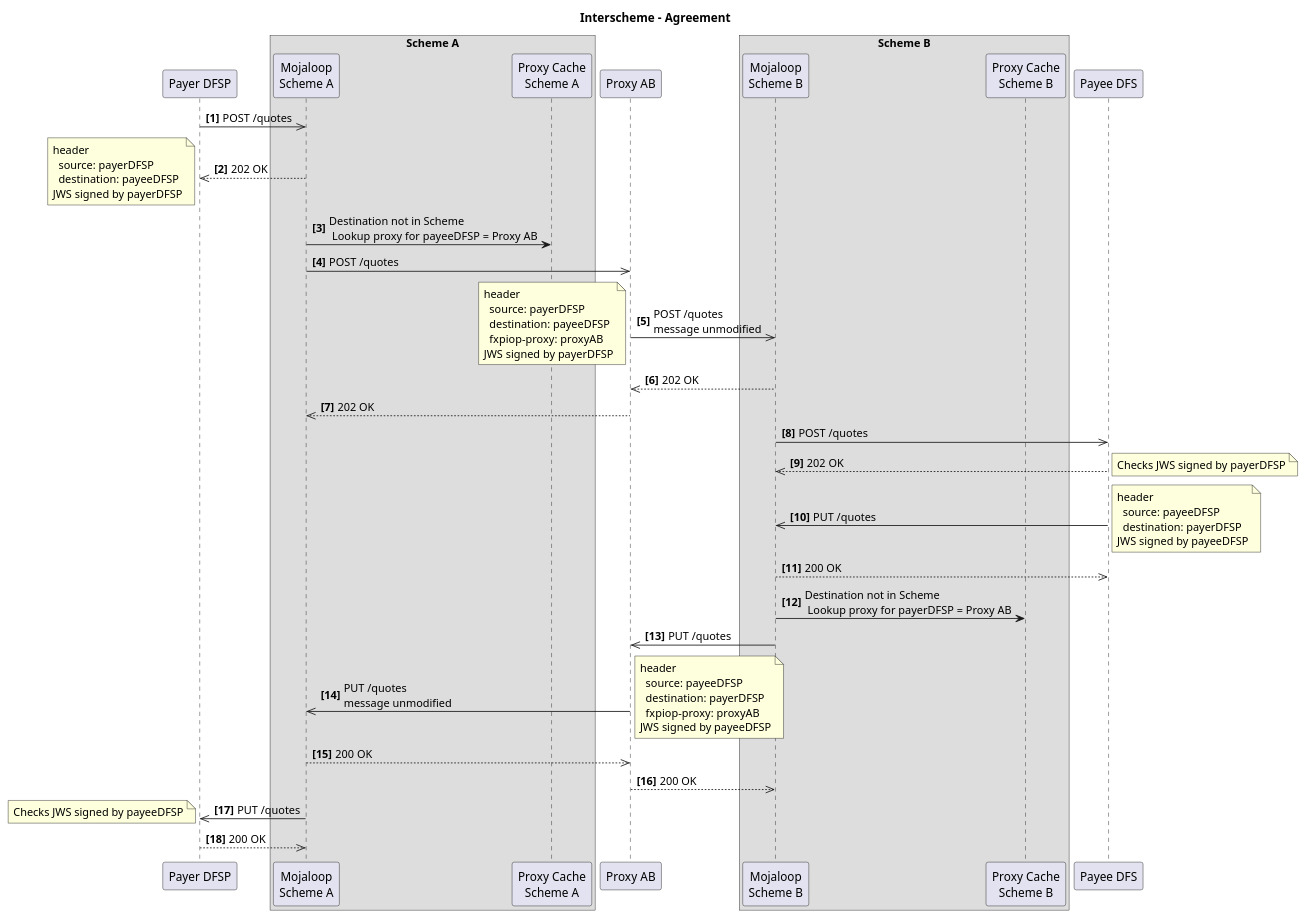
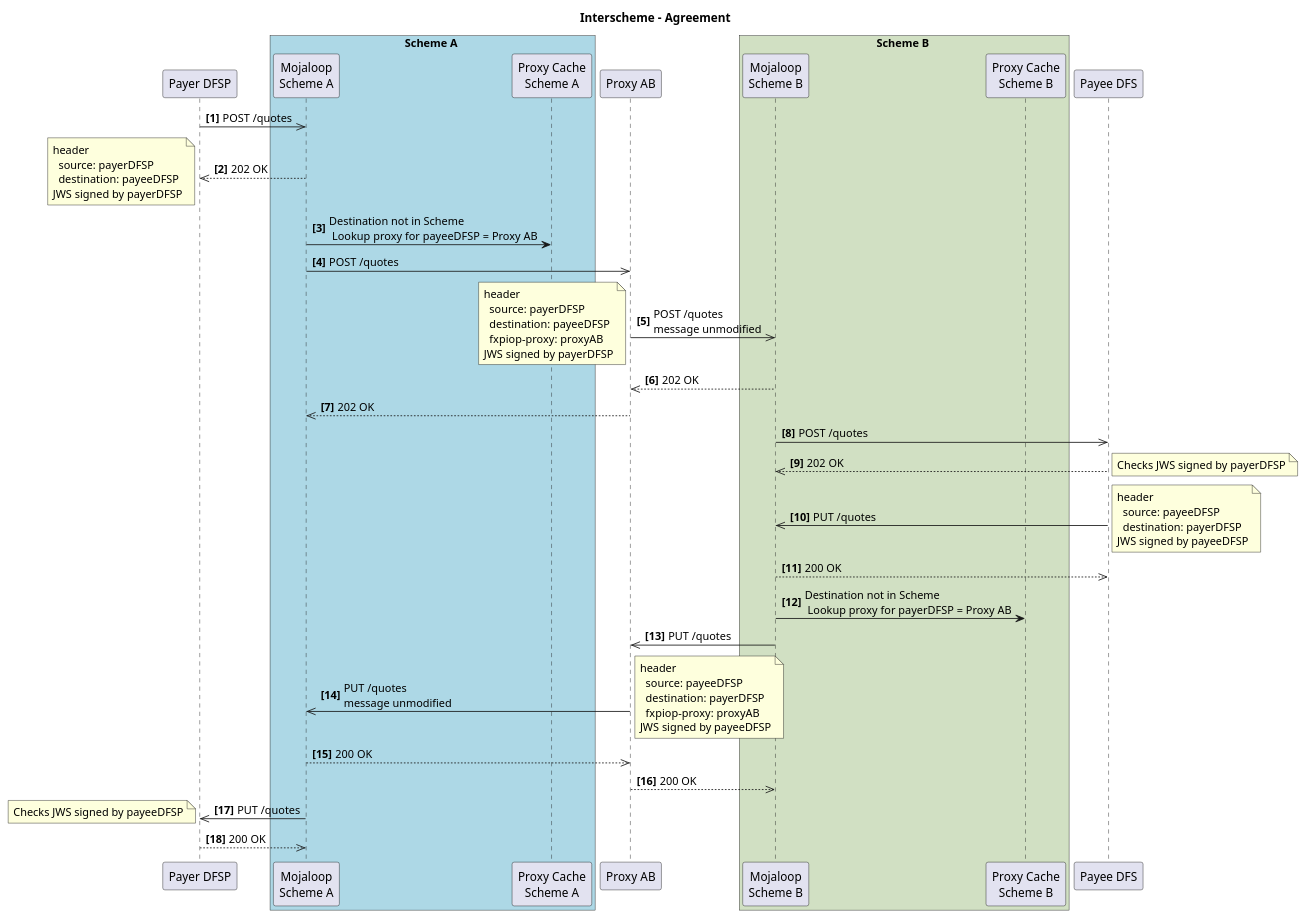
The diagram in docs/product/features/Interscheme/Interscheme - Agreement.plantuml (mojaloop/documentation), drawn with PlantUML before and after one commit. The commit also changed 14 other files, not shown here.

Commit message:
feat: Updated interscheme diagrams

```diff
--- a/docs/product/features/Interscheme/Interscheme - Agreement.plantuml
+++ b/docs/product/features/Interscheme/Interscheme - Agreement.plantuml
@@ -1,71 +1,72 @@
-@startuml
+@startuml Interscheme - Agreement
 
 title Interscheme - Agreement
 
+
 participant "Payer DFSP" as payerDFSP
-box Scheme A
+box Scheme A #LightBlue
   participant "Mojaloop\nScheme A" as schemeA
   participant "Proxy Cache\nScheme A" as pc_A
 end box
 participant "Proxy AB" as xnp
-box Scheme B
+box Scheme B #d1e0c3
   participant "Mojaloop\nScheme B" as schemeB
   participant "Proxy Cache\nScheme B" as pc_B
 end box
 participant "Payee DFS" as payeeDFSP
 
 autonumber 1 "<b>[0]"
 
 payerDFSP ->> schemeA: POST /quotes
 schemeA -->> payerDFSP: 202 OK
 note left
 header 
   source: payerDFSP
   destination: payeeDFSP
 JWS signed by payerDFSP
 end note
 schemeA -> pc_A: Destination not in Scheme\n Lookup proxy for payeeDFSP = Proxy AB
 schemeA ->> xnp: POST /quotes
 xnp ->> schemeB: POST /quotes\nmessage unmodified
 note left
 header 
   source: payerDFSP
   destination: payeeDFSP
   fxpiop-proxy: proxyAB
 JWS signed by payerDFSP
 end note
 schemeB -->> xnp: 202 OK
 xnp -->> schemeA: 202 OK
 schemeB->>payeeDFSP: POST /quotes
 payeeDFSP-->>schemeB: 202 OK
 note right
 Checks JWS signed by payerDFSP
 end note
 payeeDFSP->>schemeB: PUT /quotes
 note right
 header 
   source: payeeDFSP
   destination: payerDFSP
 JWS signed by payeeDFSP
 end note
 schemeB-->>payeeDFSP: 200 OK
 schemeB -> pc_B: Destination not in Scheme\n Lookup proxy for payerDFSP = Proxy AB
 schemeB->>xnp: PUT /quotes
 xnp->>schemeA: PUT /quotes\nmessage unmodified
 note right
 header 
   source: payeeDFSP
   destination: payerDFSP
   fxpiop-proxy: proxyAB
 JWS signed by payeeDFSP
 end note
 schemeA-->>xnp: 200 OK
 xnp-->>schemeB: 200 OK
 schemeA->>payerDFSP: PUT /quotes
 note left
 Checks JWS signed by payeeDFSP
 end note
 payerDFSP -->> schemeA: 200 OK
 
 
 @enduml
```
